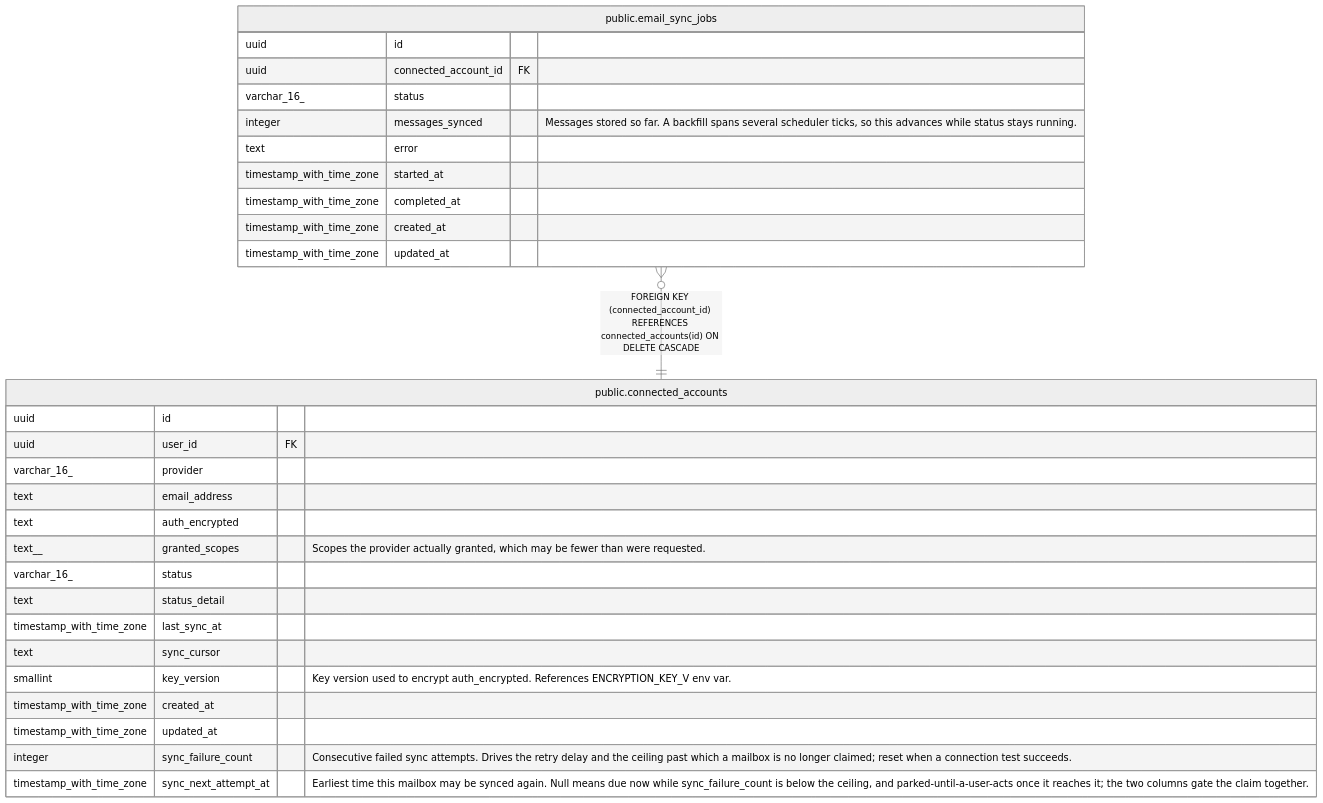
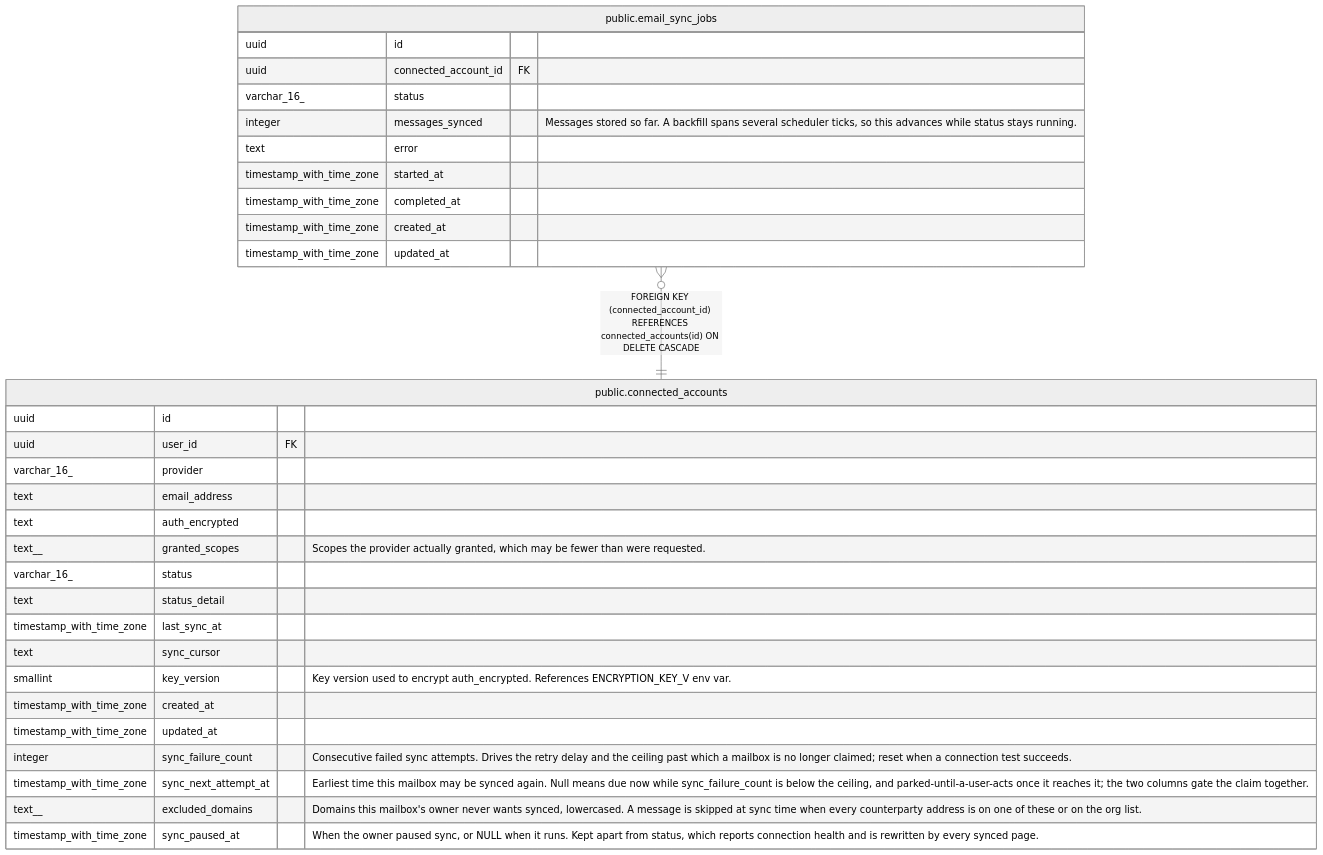
One commit to rkseattle/minicrm changed the diagram in docs/schema/public.email_sync_jobs.md. Above: the diagram before and after it, drawn with Mermaid (neutral theme). The commit also changed 18 other files, not shown here.

````diff
--- a/docs/schema/public.email_sync_jobs.md
+++ b/docs/schema/public.email_sync_jobs.md
@@ -45,34 +45,36 @@
 ```mermaid
 erDiagram
 
 "public.email_sync_jobs" }o--|| "public.connected_accounts" : "FOREIGN KEY (connected_account_id) REFERENCES connected_accounts(id) ON DELETE CASCADE"
 
 "public.email_sync_jobs" {
   uuid id ""
   uuid connected_account_id FK ""
   varchar_16_ status ""
   integer messages_synced "Messages stored so far. A backfill spans several scheduler ticks, so this advances while status stays running."
   text error ""
   timestamp_with_time_zone started_at ""
   timestamp_with_time_zone completed_at ""
   timestamp_with_time_zone created_at ""
   timestamp_with_time_zone updated_at ""
 }
 "public.connected_accounts" {
   uuid id ""
   uuid user_id FK ""
   varchar_16_ provider ""
   text email_address ""
   text auth_encrypted ""
   text__ granted_scopes "Scopes the provider actually granted, which may be fewer than were requested."
   varchar_16_ status ""
   text status_detail ""
   timestamp_with_time_zone last_sync_at ""
   text sync_cursor ""
   smallint key_version "Key version used to encrypt auth_encrypted. References ENCRYPTION_KEY_V<n> env var."
   timestamp_with_time_zone created_at ""
   timestamp_with_time_zone updated_at ""
   integer sync_failure_count "Consecutive failed sync attempts. Drives the retry delay and the ceiling past which a mailbox is no longer claimed; reset when a connection test succeeds."
   timestamp_with_time_zone sync_next_attempt_at "Earliest time this mailbox may be synced again. Null means due now while sync_failure_count is below the ceiling, and parked-until-a-user-acts once it reaches it; the two columns gate the claim together."
+  text__ excluded_domains "Domains this mailbox's owner never wants synced, lowercased. A message is skipped at sync time when every counterparty address is on one of these or on the org list."
+  timestamp_with_time_zone sync_paused_at "When the owner paused sync, or NULL when it runs. Kept apart from status, which reports connection health and is rewritten by every synced page."
 }
 ```
````
